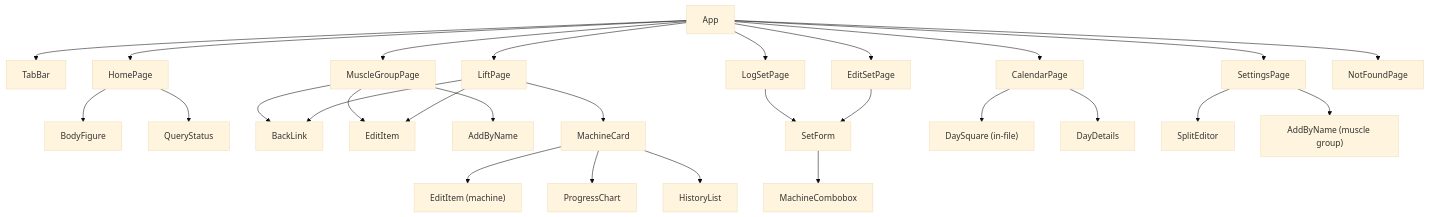
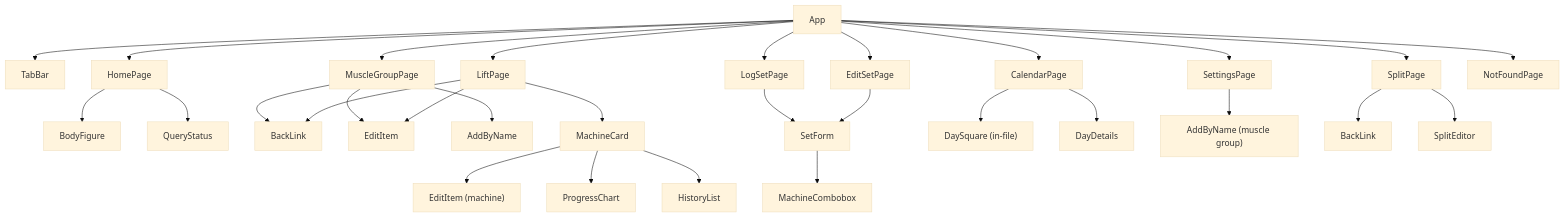
The third of 3 diagrams in docs/06-frontend/README.md (coopermay/fitness-tracker), drawn with Mermaid (base theme) before and after one commit. The commit also changed other lines of this file and 16 other files, not shown here.

Commit message:
Weekly split on its own page; swipe right to go back from nested pages

````diff
--- a/docs/06-frontend/README.md
+++ b/docs/06-frontend/README.md
@@ -77,36 +81,38 @@
 ```mermaid
 flowchart TD
     App --> TabBar
     App --> HomePage
     App --> MuscleGroupPage
     App --> LiftPage
     App --> LogSetPage
     App --> EditSetPage
     App --> CalendarPage
     App --> SettingsPage
+    App --> SplitPage
     App --> NotFoundPage
 
     HomePage --> BodyFigure
     HomePage --> QueryStatus
 
     MuscleGroupPage --> BackLink
     MuscleGroupPage --> EditItem
     MuscleGroupPage --> AddByName
 
     LiftPage --> BackLink
     LiftPage --> EditItem
     LiftPage --> MachineCard
     MachineCard --> EditItem2["EditItem (machine)"]
     MachineCard --> ProgressChart
     MachineCard --> HistoryList
 
     LogSetPage --> SetForm
     EditSetPage --> SetForm
     SetForm --> MachineCombobox
 
     CalendarPage --> DaySquare["DaySquare (in-file)"]
     CalendarPage --> DayDetails
 
-    SettingsPage --> SplitEditor
     SettingsPage --> AddByName2["AddByName (muscle group)"]
+    SplitPage --> BackLink2["BackLink"]
+    SplitPage --> SplitEditor
 ```
````
